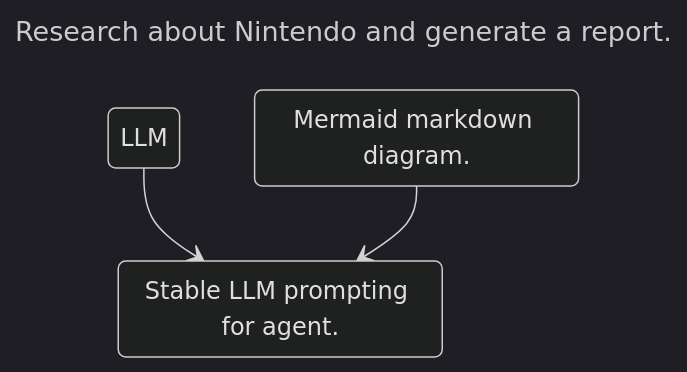
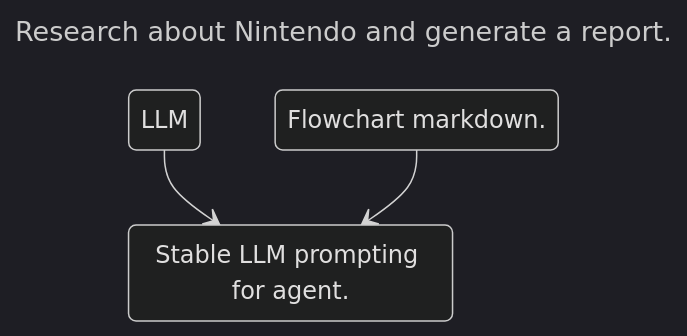
One commit to fladdict/llmermaid changed the first of 5 diagrams in README.md. Above: the diagram before and after it, drawn with Mermaid (dark theme). The commit also changed other lines of this file, not shown here.

````diff
--- a/README.md
+++ b/README.md
@@ -8,12 +8,12 @@
 ```mermaid
 ---
 title: Research about Nintendo and generate a report.
 ---
 stateDiagram-v2
 A --> C
 B --> C
 
 A: LLM
-B: Mermaid markdown diagram.
+B: Flowchart markdown.
 C: Stable LLM prompting for agent.
 ```
````
